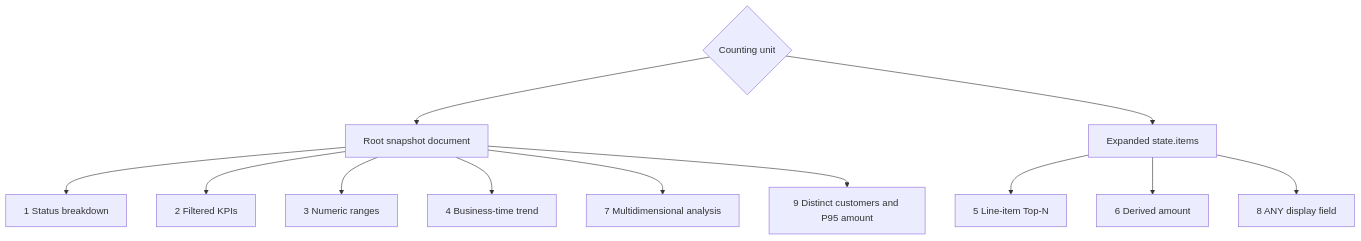
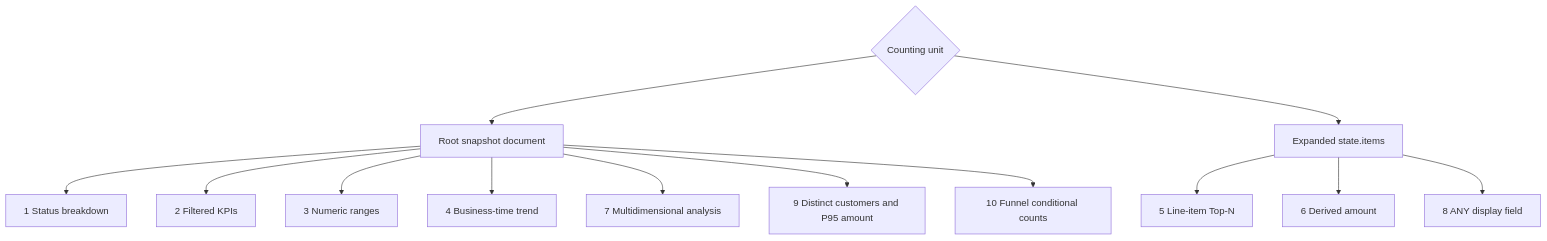
One commit to Ahoo-Wang/Wow changed the diagram in documentation/docs/en/guide/query/snapshot-aggregation.md. Above: the diagram before and after it, drawn with Mermaid. The commit also changed other lines of this file and 25 other files, not shown here.

````diff
--- a/documentation/docs/en/guide/query/snapshot-aggregation.md
+++ b/documentation/docs/en/guide/query/snapshot-aggregation.md
@@ -26,14 +26,15 @@
 ```mermaid
 flowchart TB
     Unit{"Counting unit"} --> Root["Root snapshot document"]
     Unit --> Item["Expanded state.items"]
     Root --> S1["1 Status breakdown"]
     Root --> S2["2 Filtered KPIs"]
     Root --> S3["3 Numeric ranges"]
     Root --> S4["4 Business-time trend"]
     Root --> S7["7 Multidimensional analysis"]
     Root --> S9["9 Distinct customers and P95 amount"]
+    Root --> S10["10 Funnel conditional counts"]
     Item --> S5["5 Line-item Top-N"]
     Item --> S6["6 Derived amount"]
     Item --> S8["8 ANY display field"]
 ```
````
